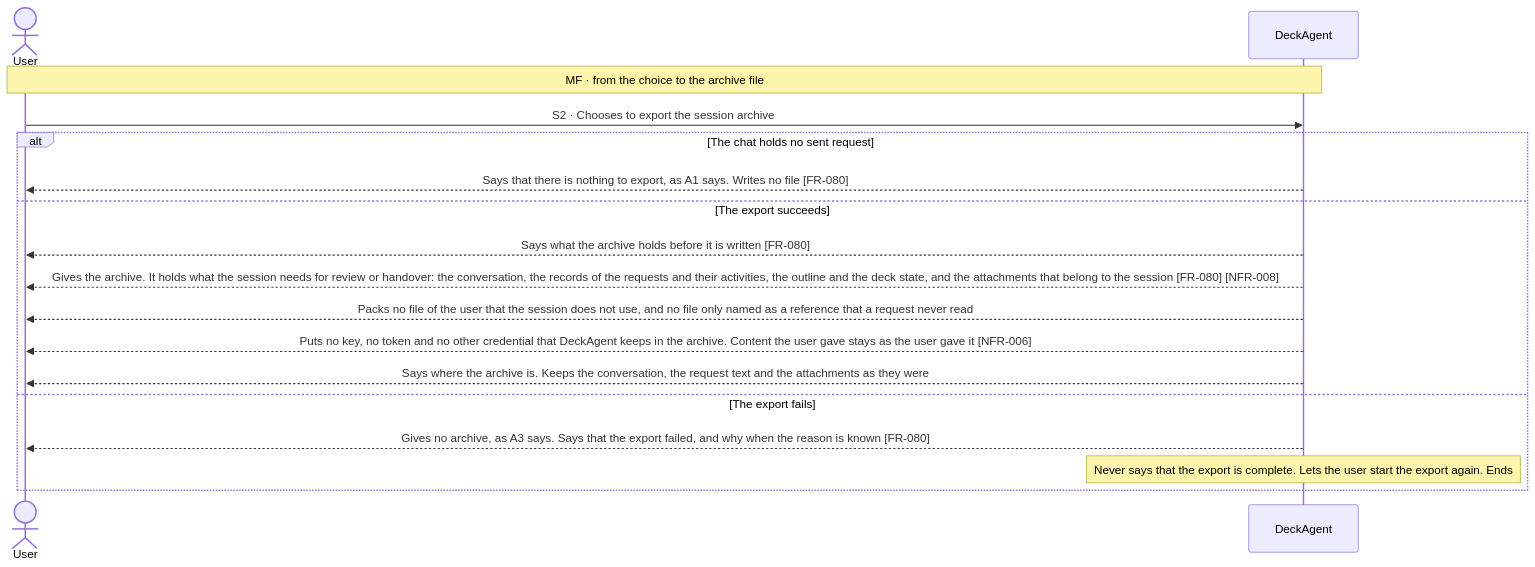
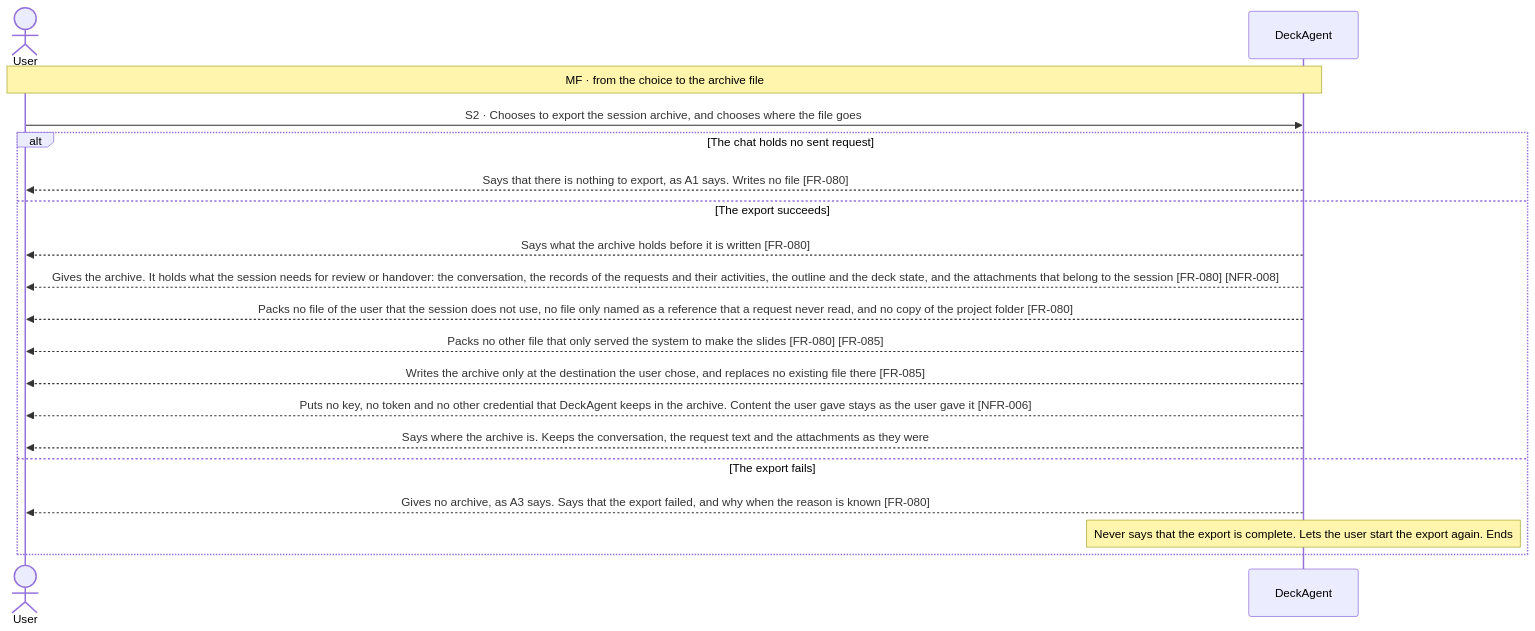
One commit to Luke23127006/DeckAgent changed the second of 2 diagrams in docs/spec/03-use-cases/UC-016.md. Above: the diagram before and after it, drawn with Mermaid. The commit also changed other lines of this file and 31 other files, not shown here.

````diff
--- a/docs/spec/03-use-cases/UC-016.md
+++ b/docs/spec/03-use-cases/UC-016.md
@@ -60,19 +63,21 @@
 ```mermaid
 sequenceDiagram
     actor User
     participant DeckAgent
     Note over User,DeckAgent: MF · from the choice to the archive file
-    User->>DeckAgent: S2 · Chooses to export the session archive
+    User->>DeckAgent: S2 · Chooses to export the session archive, and chooses where the file goes
     alt The chat holds no sent request
         DeckAgent-->>User: Says that there is nothing to export, as A1 says. Writes no file [FR-080]
     else The export succeeds
         DeckAgent-->>User: Says what the archive holds before it is written [FR-080]
         DeckAgent-->>User: Gives the archive. It holds what the session needs for review or handover: the conversation, the records of the requests and their activities, the outline and the deck state, and the attachments that belong to the session [FR-080] [NFR-008]
-        DeckAgent-->>User: Packs no file of the user that the session does not use, and no file only named as a reference that a request never read
+        DeckAgent-->>User: Packs no file of the user that the session does not use, no file only named as a reference that a request never read, and no copy of the project folder [FR-080]
+        DeckAgent-->>User: Packs no other file that only served the system to make the slides [FR-080] [FR-085]
+        DeckAgent-->>User: Writes the archive only at the destination the user chose, and replaces no existing file there [FR-085]
         DeckAgent-->>User: Puts no key, no token and no other credential that DeckAgent keeps in the archive. Content the user gave stays as the user gave it [NFR-006]
         DeckAgent-->>User: Says where the archive is. Keeps the conversation, the request text and the attachments as they were
     else The export fails
         DeckAgent-->>User: Gives no archive, as A3 says. Says that the export failed, and why when the reason is known [FR-080]
         note over DeckAgent: Never says that the export is complete. Lets the user start the export again. Ends
     end
 ```
````
